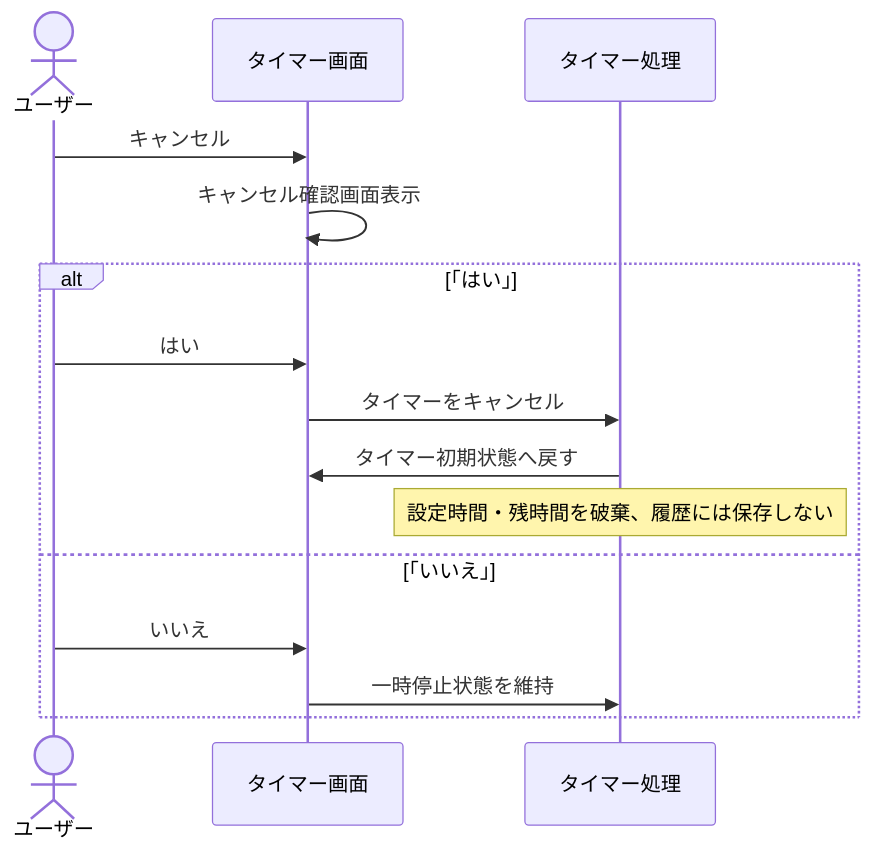
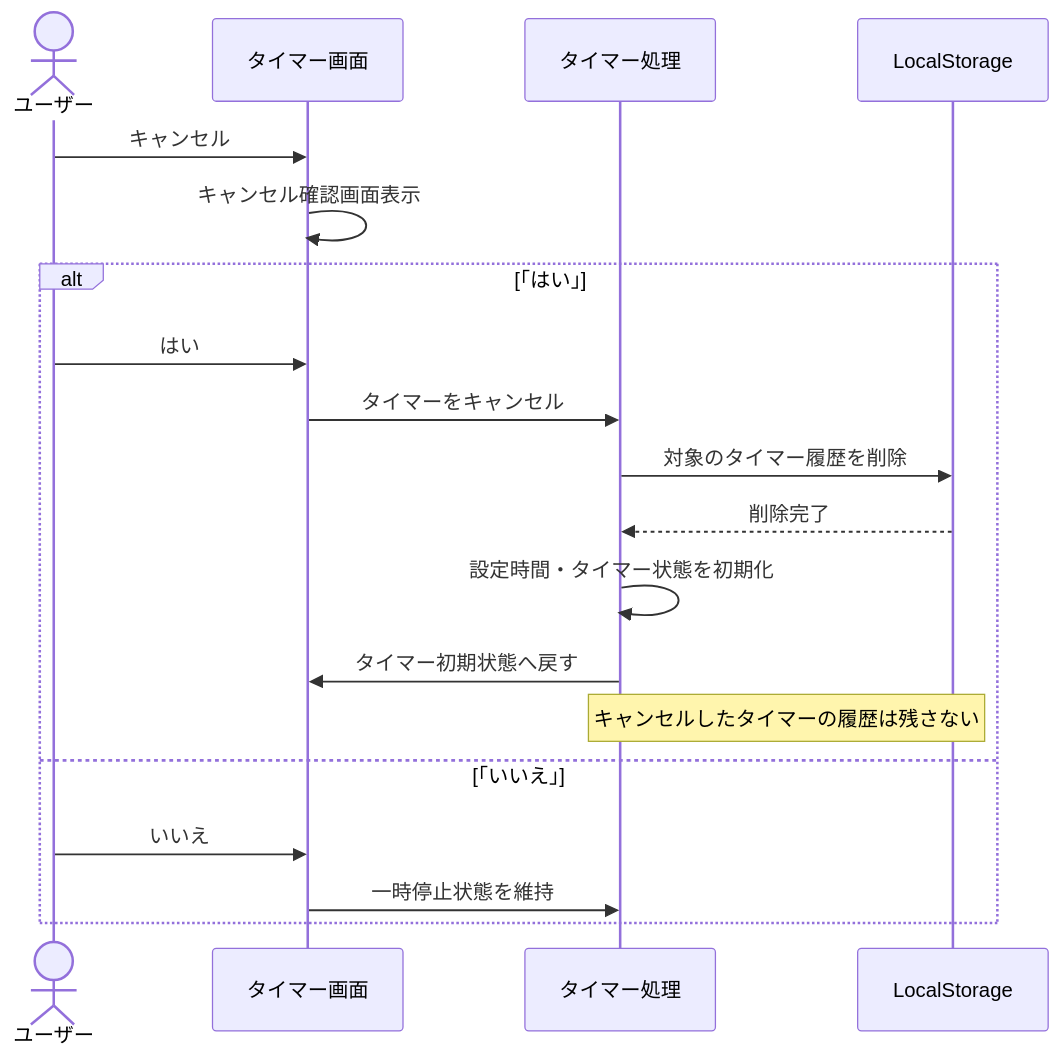
Before and after one commit to shun62201234-crypto/timerApplication: the fourth of 6 diagrams in document/設計/シーケンス図/タイマーシーケンス図.md, drawn with Mermaid. The commit also changed other lines of this file, not shown here.

First line of the commit message:
タイマー側シーケンス図修正

````diff
--- a/document/設計/シーケンス図/タイマーシーケンス図.md
+++ b/document/設計/シーケンス図/タイマーシーケンス図.md
@@ -94,19 +100,23 @@
 ```mermaid
 sequenceDiagram
     actor ユーザー
     participant UI as タイマー画面
     participant Timer as タイマー処理
+    participant Storage as LocalStorage
 
     ユーザー->>UI: キャンセル
     UI->>UI: キャンセル確認画面表示
 
     alt 「はい」
         ユーザー->>UI: はい
         UI->>Timer: タイマーをキャンセル
+        Timer->>Storage: 対象のタイマー履歴を削除
+        Storage-->>Timer: 削除完了
+        Timer->>Timer: 設定時間・タイマー状態を初期化
         Timer->>UI: タイマー初期状態へ戻す
-        Note over Timer: 設定時間・残時間を破棄、履歴には保存しない
+        Note over Timer,Storage: キャンセルしたタイマーの履歴は残さない
     else 「いいえ」
         ユーザー->>UI: いいえ
         UI->>Timer: 一時停止状態を維持
     end
 ```
````
